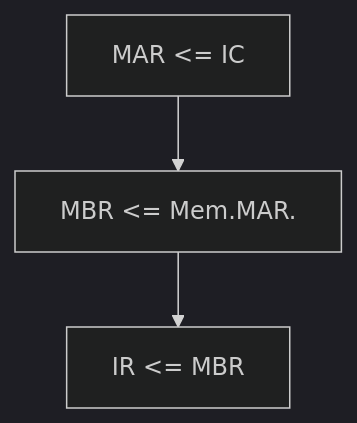
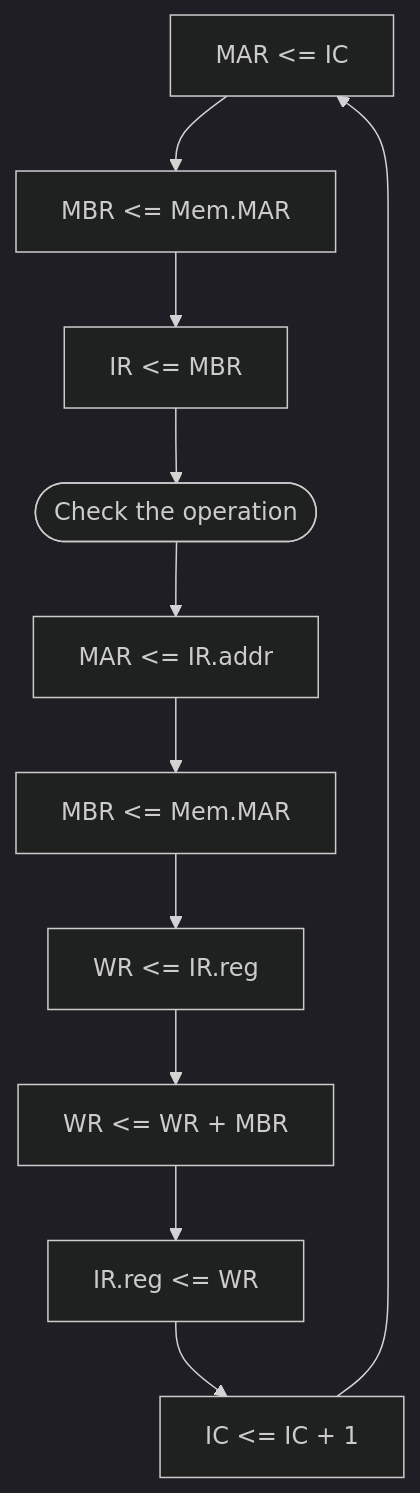
One commit to MoisesAdame/obsidian-notes changed the diagram in Masters/Systems Programming/2. Machine Structure, Machine Language & Assembly Language/2.1 General Machine Structure.md. Above: the diagram before and after it, drawn with Mermaid (dark theme). The commit also changed other lines of this file, not shown here.

Commit message:
vault backup: 2024-06-26 09:58:35

````diff
--- a/Masters/Systems Programming/2. Machine Structure, Machine Language & Assembly Language/2.1 General Machine Structure.md
+++ b/Masters/Systems Programming/2. Machine Structure, Machine Language & Assembly Language/2.1 General Machine Structure.md
@@ -37,5 +37,13 @@
 ```mermaid
 graph TB
-	A[MAR <= IC] --> B[MBR <= Mem.MAR.]
-	B --> C[IR <= MBR] 
+	A[MAR <= IC] --> B[MBR <= Mem.MAR]
+	B --> C[IR <= MBR]
+	C --> D([Check the operation])
+	D --> E[MAR <= IR.addr]
+	E --> F[MBR <= Mem.MAR]
+	F --> G[WR <= IR.reg]
+	G --> H[WR <= WR + MBR]
+	H --> I[IR.reg <= WR]
+	I --> J[IC <= IC + 1]
+	J --> A
 ```
````
